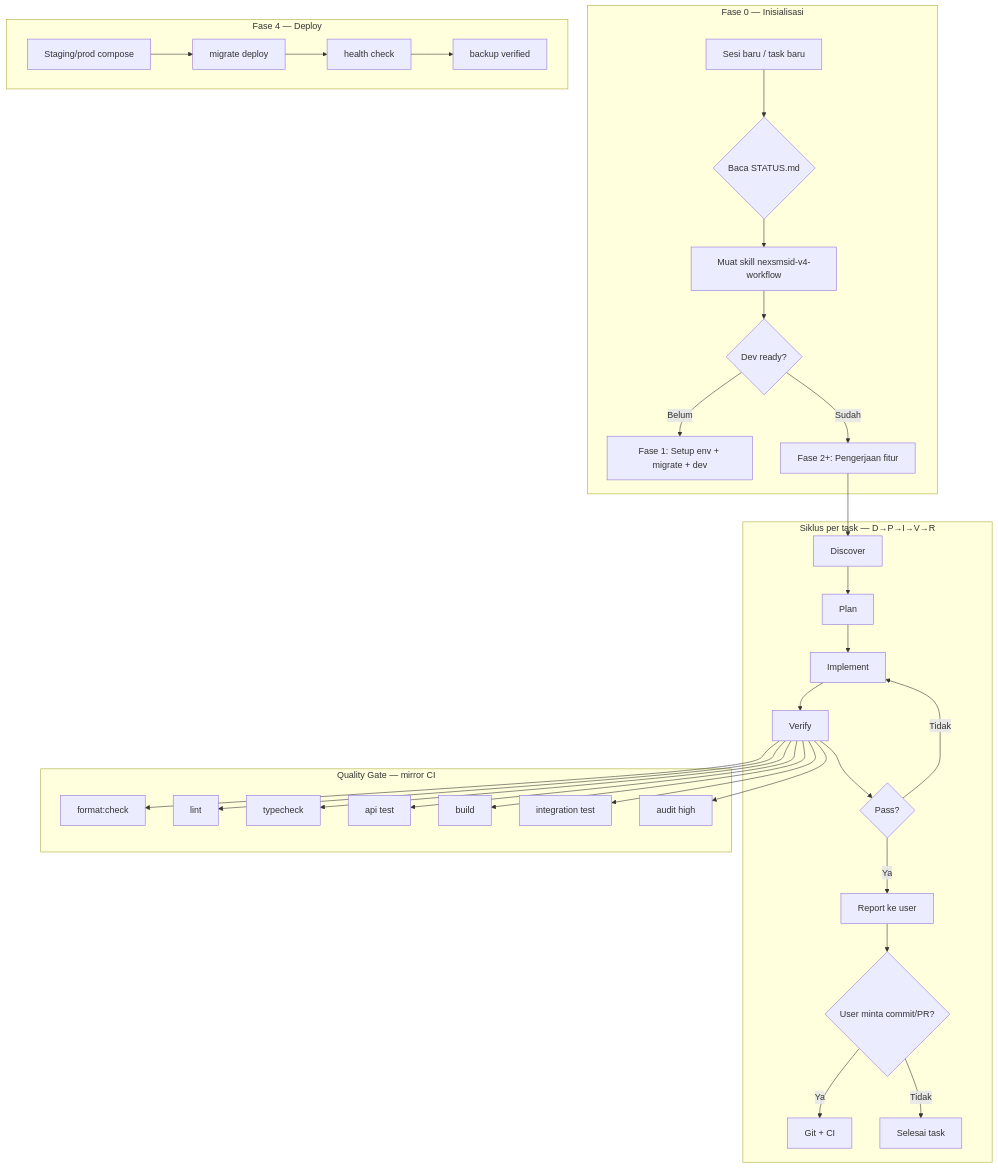
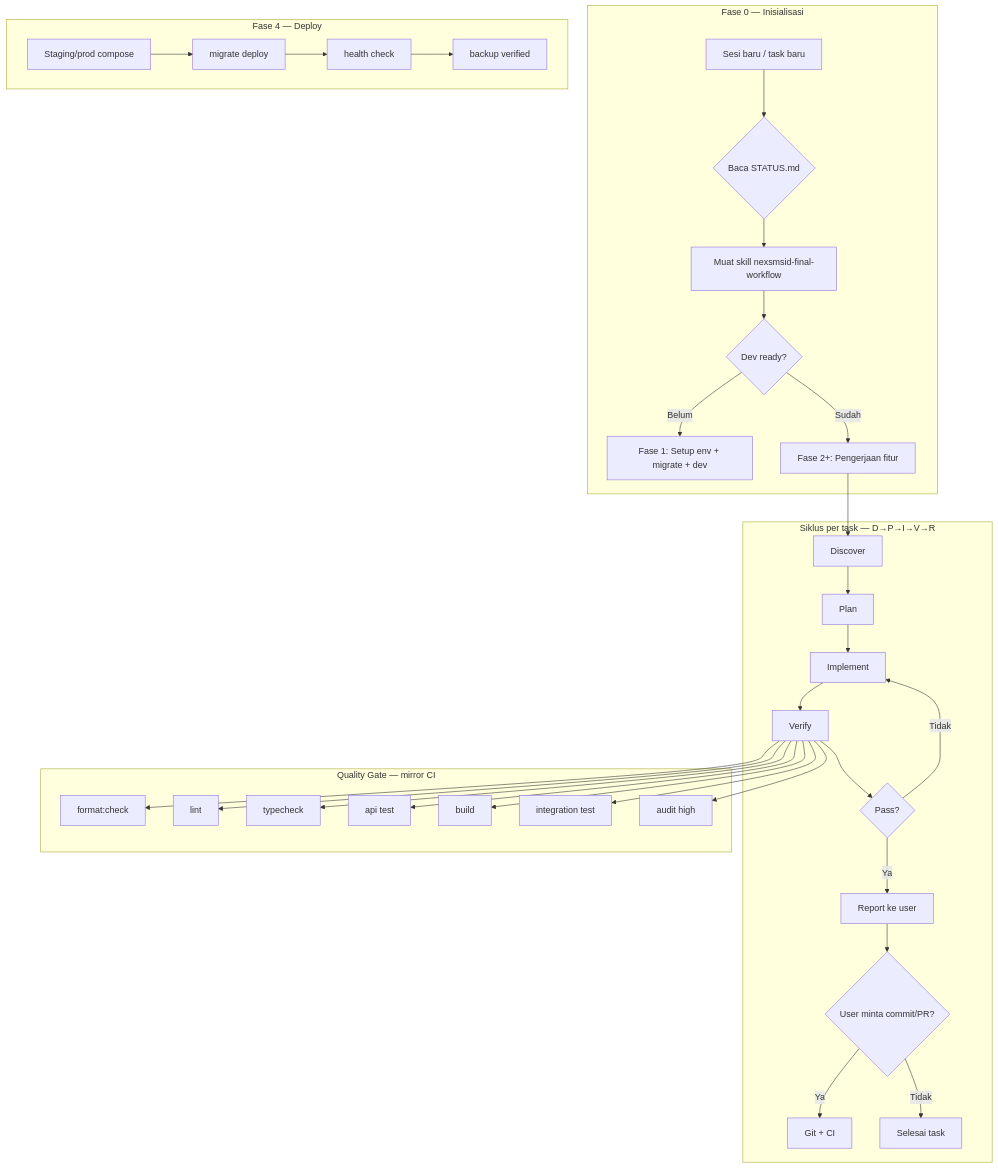
Before and after one commit to arpayid/nexsmsid-final: the first of 2 diagrams in .cursor/workflow/WORKFLOW.md, drawn with Mermaid. The commit also changed other lines of this file and 22 other files, not shown here.

Commit message:
chore: rename project to nexsmsid-final

````diff
--- a/.cursor/workflow/WORKFLOW.md
+++ b/.cursor/workflow/WORKFLOW.md
@@ -7,39 +7,39 @@
 ```mermaid
 flowchart TD
     subgraph init [Fase 0 — Inisialisasi]
         A[Sesi baru / task baru] --> B{Baca STATUS.md}
-        B --> C[Muat skill nexsmsid-v4-workflow]
+        B --> C[Muat skill nexsmsid-final-workflow]
         C --> D{Dev ready?}
         D -->|Belum| E[Fase 1: Setup env + migrate + dev]
         D -->|Sudah| F[Fase 2+: Pengerjaan fitur]
     end
 
     subgraph task [Siklus per task — D→P→I→V→R]
         F --> G[Discover]
         G --> H[Plan]
         H --> I[Implement]
         I --> J[Verify]
         J --> K{Pass?}
         K -->|Tidak| I
         K -->|Ya| L[Report ke user]
         L --> M{User minta commit/PR?}
         M -->|Ya| N[Git + CI]
         M -->|Tidak| O[Selesai task]
     end
 
     subgraph gate [Quality Gate — mirror CI]
         J --> Q1[format:check]
         J --> Q2[lint]
         J --> Q3[typecheck]
         J --> Q4[api test]
         J --> Q5[build]
         J --> Q6[integration test]
         J --> Q7[audit high]
     end
 
     subgraph deploy [Fase 4 — Deploy]
         P[Staging/prod compose] --> P1[migrate deploy]
         P1 --> P2[health check]
         P2 --> P3[backup verified]
     end
 ```
````
